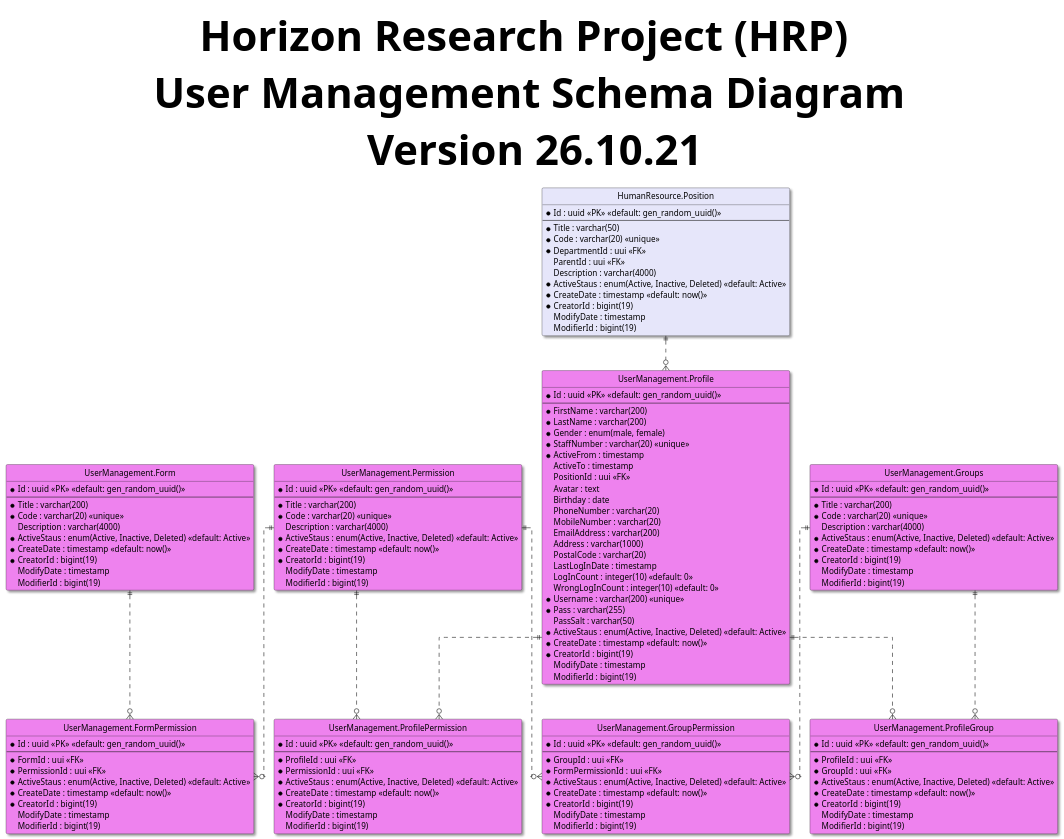
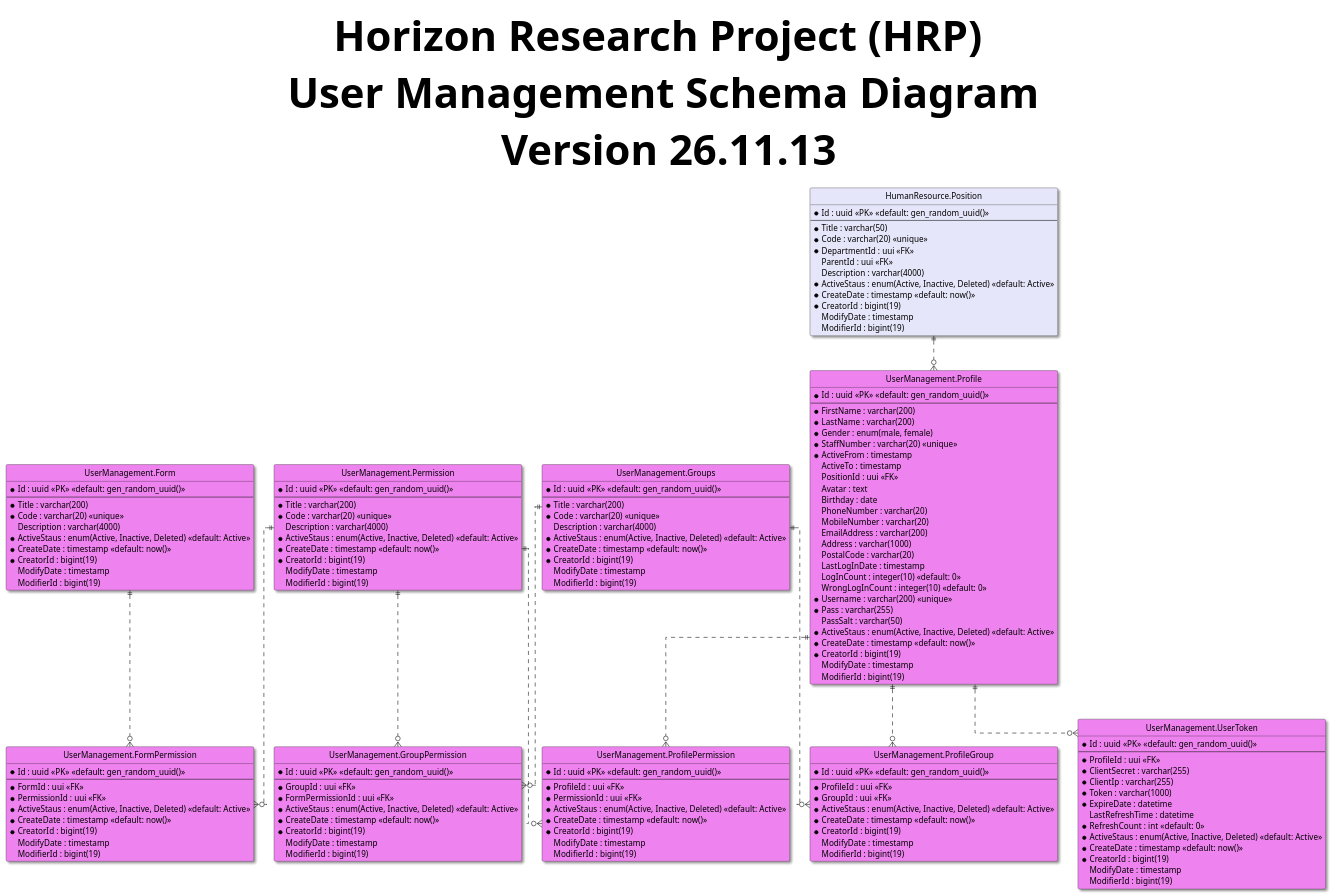
One commit to shadowfox1984/Horizon changed the diagram in 2-HorizonModeling/2.3-HorizonUml/ERD/Schemas/UserManagementSchemaDiagram.puml. Above: the diagram before and after it, drawn with PlantUML. The commit also changed 4 other files, not shown here.

```diff
--- a/2-HorizonModeling/2.3-HorizonUml/ERD/Schemas/UserManagementSchemaDiagram.puml
+++ b/2-HorizonModeling/2.3-HorizonUml/ERD/Schemas/UserManagementSchemaDiagram.puml
@@ -1,152 +1,170 @@
 @startuml
 hide circle
 skinparam classBackgroundColor #Business
 skinparam linetype ortho
 skinparam Shadowing True
 skinparam TitleFontSize 72pt
 
-title Horizon Research Project (HRP) \n User Management Schema Diagram \n Version 26.10.21
+title Horizon Research Project (HRP) \n User Management Schema Diagram \n Version 26.11.13
 
 entity "HumanResource.Position" as position #Lavender{
   *Id : uuid <<PK>> <<default: gen_random_uuid()>>
   --
   *Title : varchar(50)
   *Code : varchar(20) <<unique>>
   *DepartmentId : uui <<FK>>
   ParentId : uui <<FK>>
   Description : varchar(4000)
   *ActiveStaus : enum(Active, Inactive, Deleted) <<default: Active>>
   *CreateDate : timestamp <<default: now()>>
   *CreatorId : bigint(19)
   ModifyDate : timestamp
   ModifierId : bigint(19)
 }
 
 entity "UserManagement.Groups" as groups #Violet{
   *Id : uuid <<PK>> <<default: gen_random_uuid()>>
   --
   *Title : varchar(200)
   *Code : varchar(20) <<unique>>
   Description : varchar(4000)
   *ActiveStaus : enum(Active, Inactive, Deleted) <<default: Active>>
   *CreateDate : timestamp <<default: now()>>
   *CreatorId : bigint(19)
   ModifyDate : timestamp
   ModifierId : bigint(19)
 }
 
 entity "UserManagement.Permission" as permission #Violet{
   *Id : uuid <<PK>> <<default: gen_random_uuid()>>
   --
   *Title : varchar(200)
   *Code : varchar(20) <<unique>>
   Description : varchar(4000)
   *ActiveStaus : enum(Active, Inactive, Deleted) <<default: Active>>
   *CreateDate : timestamp <<default: now()>>
   *CreatorId : bigint(19)
   ModifyDate : timestamp
   ModifierId : bigint(19)
 }
 
 entity "UserManagement.Form" as form #Violet{
   *Id : uuid <<PK>> <<default: gen_random_uuid()>>
   --
   *Title : varchar(200)
   *Code : varchar(20) <<unique>>
   Description : varchar(4000)
   *ActiveStaus : enum(Active, Inactive, Deleted) <<default: Active>>
   *CreateDate : timestamp <<default: now()>>
   *CreatorId : bigint(19)
   ModifyDate : timestamp
   ModifierId : bigint(19)
 }
 
 entity "UserManagement.FormPermission" as formPermission #Violet{
   *Id : uuid <<PK>> <<default: gen_random_uuid()>>
   --
   *FormId : uui <<FK>>
   *PermissionId : uui <<FK>>
   *ActiveStaus : enum(Active, Inactive, Deleted) <<default: Active>>
   *CreateDate : timestamp <<default: now()>>
   *CreatorId : bigint(19)
   ModifyDate : timestamp
   ModifierId : bigint(19)
 }
 
 entity "UserManagement.GroupPermission" as groupPermission #Violet{
   *Id : uuid <<PK>> <<default: gen_random_uuid()>>
   --
   *GroupId : uui <<FK>>
   *FormPermissionId : uui <<FK>>
   *ActiveStaus : enum(Active, Inactive, Deleted) <<default: Active>>
   *CreateDate : timestamp <<default: now()>>
   *CreatorId : bigint(19)
   ModifyDate : timestamp
   ModifierId : bigint(19)
 }
 
 entity "UserManagement.ProfilePermission" as profilePermission #Violet{
   *Id : uuid <<PK>> <<default: gen_random_uuid()>>
   --
   *ProfileId : uui <<FK>>
   *PermissionId : uui <<FK>>
   *ActiveStaus : enum(Active, Inactive, Deleted) <<default: Active>>
   *CreateDate : timestamp <<default: now()>>
   *CreatorId : bigint(19)
   ModifyDate : timestamp
   ModifierId : bigint(19)
 }
 
 entity "UserManagement.Profile" as profile #Violet{
   *Id : uuid <<PK>> <<default: gen_random_uuid()>>
   --
   *FirstName : varchar(200)
   *LastName : varchar(200)
   *Gender : enum(male, female)
   *StaffNumber : varchar(20) <<unique>>
   *ActiveFrom : timestamp
   ActiveTo : timestamp
   PositionId : uui <<FK>>
   Avatar : text
   Birthday : date
   PhoneNumber : varchar(20)
   MobileNumber : varchar(20)
   EmailAddress : varchar(200)
   Address : varchar(1000)
   PostalCode : varchar(20)
   LastLogInDate : timestamp
   LogInCount : integer(10) <<default: 0>>
   WrongLogInCount : integer(10) <<default: 0>>
   *Username : varchar(200) <<unique>>
   *Pass : varchar(255)
   PassSalt : varchar(50)
   *ActiveStaus : enum(Active, Inactive, Deleted) <<default: Active>>
   *CreateDate : timestamp <<default: now()>>
   *CreatorId : bigint(19)
   ModifyDate : timestamp
   ModifierId : bigint(19)
 }
 
+entity "UserManagement.UserToken" as userToken #Violet{
+  *Id : uuid <<PK>> <<default: gen_random_uuid()>>
+  --
+  *ProfileId : uui <<FK>>
+  *ClientSecret : varchar(255)
+  *ClientIp : varchar(255)
+  *Token : varchar(1000)
+  *ExpireDate : datetime 
+  LastRefreshTime : datetime
+  *RefreshCount : int <<default: 0>>
+  *ActiveStaus : enum(Active, Inactive, Deleted) <<default: Active>>
+  *CreateDate : timestamp <<default: now()>>
+  *CreatorId : bigint(19)
+  ModifyDate : timestamp
+  ModifierId : bigint(19)
+}
+
 entity "UserManagement.ProfileGroup" as profileGroup #Violet{
   *Id : uuid <<PK>> <<default: gen_random_uuid()>>
   --
   *ProfileId : uui <<FK>>
   *GroupId : uui <<FK>>
   *ActiveStaus : enum(Active, Inactive, Deleted) <<default: Active>>
   *CreateDate : timestamp <<default: now()>>
   *CreatorId : bigint(19)
   ModifyDate : timestamp
   ModifierId : bigint(19)
 }
 
 form ||..o{ formPermission
 permission ||..o{ formPermission
 groups ||..o{ groupPermission
 permission ||..o{ groupPermission
 profile ||..o{ profilePermission
 permission ||..o{ profilePermission
 profile ||..o{ profileGroup
 groups ||..o{ profileGroup
 position ||..o{ profile
+profile ||..o{ userToken
 
 @enduml
```
